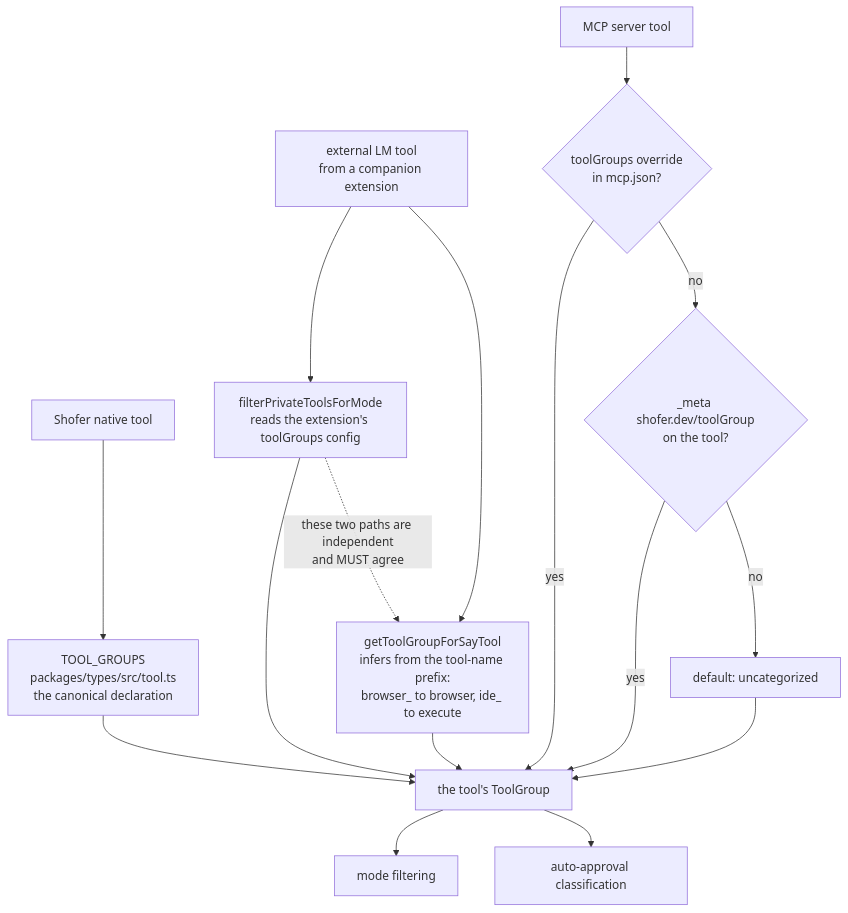
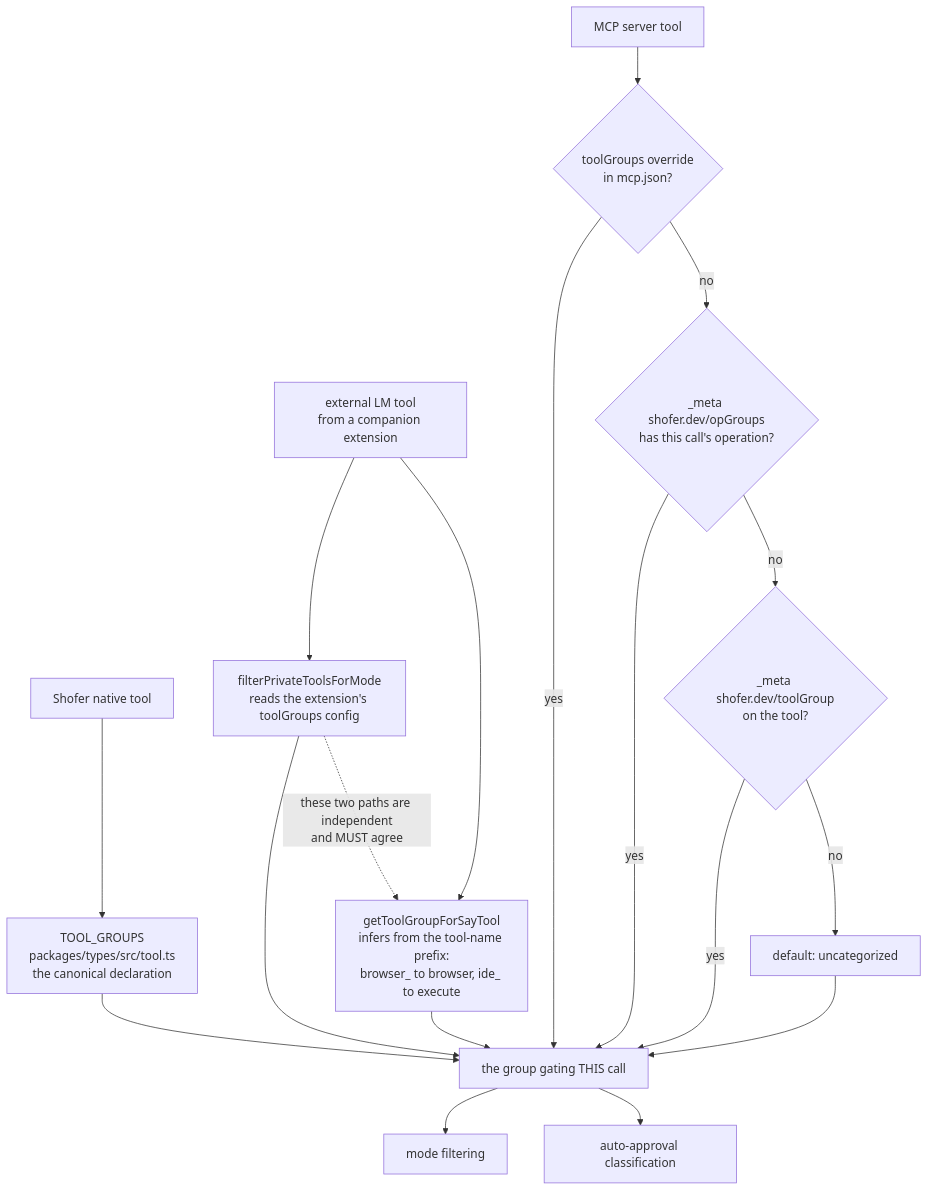
Before and after one commit to shofer-dev/shofer: the first of 2 diagrams in docs/tool-categories.md, drawn with Mermaid. The commit also changed other lines of this file and 5 other files, not shown here.

First line of the commit message:
docs: tool groups resolve per OPERATION, and visibility is not approval

````diff
--- a/docs/tool-categories.md
+++ b/docs/tool-categories.md
@@ -34,23 +34,25 @@
 ```mermaid
 flowchart TD
     NAT["Shofer native tool"] --> NG["TOOL_GROUPS<br/>packages/types/src/tool.ts<br/>the canonical declaration"]
 
     EXT["external LM tool<br/>from a companion extension"] --> EF["filterPrivateToolsForMode<br/>reads the extension's toolGroups config"]
     EXT --> EA["getToolGroupForSayTool<br/>infers from the tool-name prefix:<br/>browser_ to browser, ide_ to execute"]
 
     MCPT["MCP server tool"] --> M1{"toolGroups override<br/>in mcp.json?"}
     M1 -->|yes| GROUP
-    M1 -->|no| M2{"_meta shofer.dev/toolGroup<br/>on the tool?"}
+    M1 -->|no| M0{"_meta shofer.dev/opGroups<br/>has this call's operation?"}
+    M0 -->|yes| GROUP
+    M0 -->|no| M2{"_meta shofer.dev/toolGroup<br/>on the tool?"}
     M2 -->|yes| GROUP
     M2 -->|no| M3["default: uncategorized"]
     M3 --> GROUP
 
-    NG --> GROUP["the tool's ToolGroup"]
+    NG --> GROUP["the group gating THIS call"]
     EF --> GROUP
     EA --> GROUP
 
     GROUP --> USE1["mode filtering"]
     GROUP --> USE2["auto-approval classification"]
 
     EF -.->|"these two paths are independent<br/>and MUST agree"| EA
 ```
````
